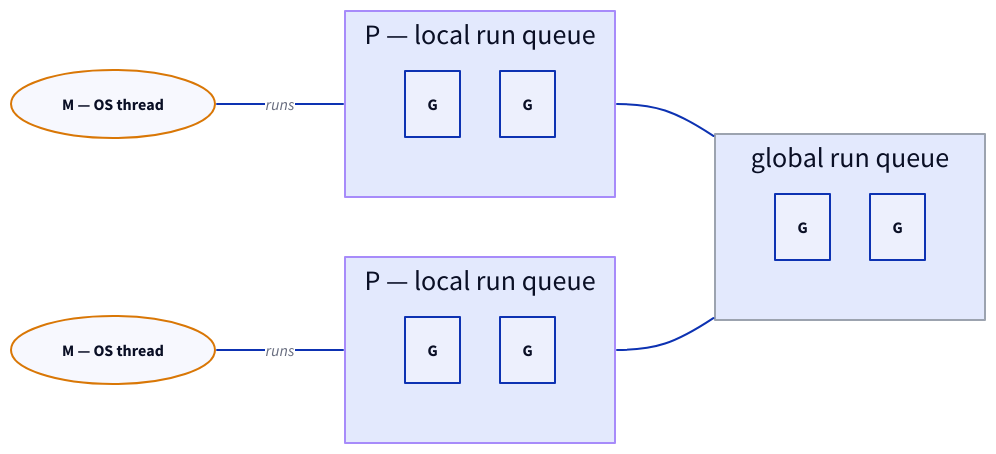
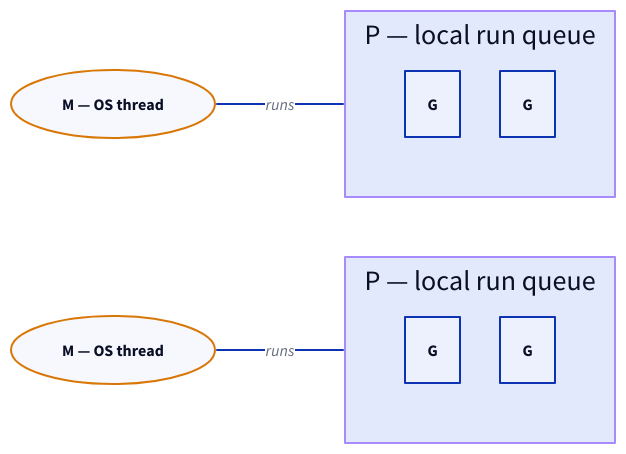
One commit to michael-duren/rubber-duck changed the first of 2 diagrams in courses/goroutines-from-scratch-go.md. Above: the diagram before and after it, drawn with D2. The commit also changed other lines of this file and 29 other files, not shown here.

````diff
--- a/courses/goroutines-from-scratch-go.md
+++ b/courses/goroutines-from-scratch-go.md
@@ -70,42 +70,32 @@
 ```d2
 direction: right
 
 m1: "M — OS thread" {
   shape: oval
   style.stroke: "#d97706"
   style.stroke-width: 2
 }
 m2: "M — OS thread" {
   shape: oval
   style.stroke: "#d97706"
   style.stroke-width: 2
 }
 
 p1: "P — local run queue" {
   grid-rows: 1
   style.stroke: "#a78bfa"
   style.stroke-width: 2
   g1: "G"
   g2: "G"
 }
 p2: "P — local run queue" {
   grid-rows: 1
   style.stroke: "#a78bfa"
   style.stroke-width: 2
   g3: "G"
   g4: "G"
 }
 
-glob: "global run queue" {
-  grid-rows: 1
-  style.stroke: "#9ca3af"
-  style.stroke-width: 2
-  g5: "G"
-  g6: "G"
-}
-
 m1 -- p1: "runs"
 m2 -- p2: "runs"
-p1 -- glob
-p2 -- glob
 ```
````
